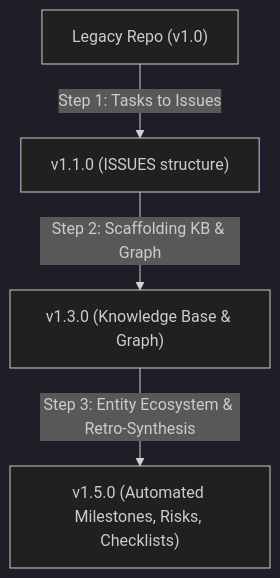
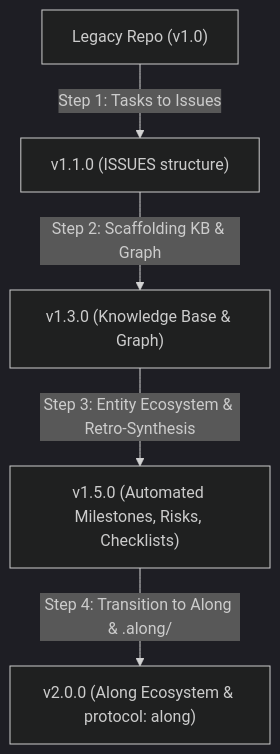
Before and after one commit to actdim/agents: the diagram in docs/MIGRATIONS.md, drawn with Mermaid (dark theme). The commit also changed other lines of this file and 148 other files, not shown here.

````diff
--- a/docs/MIGRATIONS.md
+++ b/docs/MIGRATIONS.md
@@ -15,6 +15,7 @@
 ```mermaid
 flowchart TD
     A["Legacy Repo (v1.0)"] -->|Step 1: Tasks to Issues| B["v1.1.0 (ISSUES structure)"]
     B -->|Step 2: Scaffolding KB & Graph| C["v1.3.0 (Knowledge Base & Graph)"]
     C -->|Step 3: Entity Ecosystem & Retro-Synthesis| D["v1.5.0 (Automated Milestones, Risks, Checklists)"]
+    D -->|Step 4: Transition to Along & .along/| E["v2.0.0 (Along Ecosystem & protocol: along)"]
 ```
````
